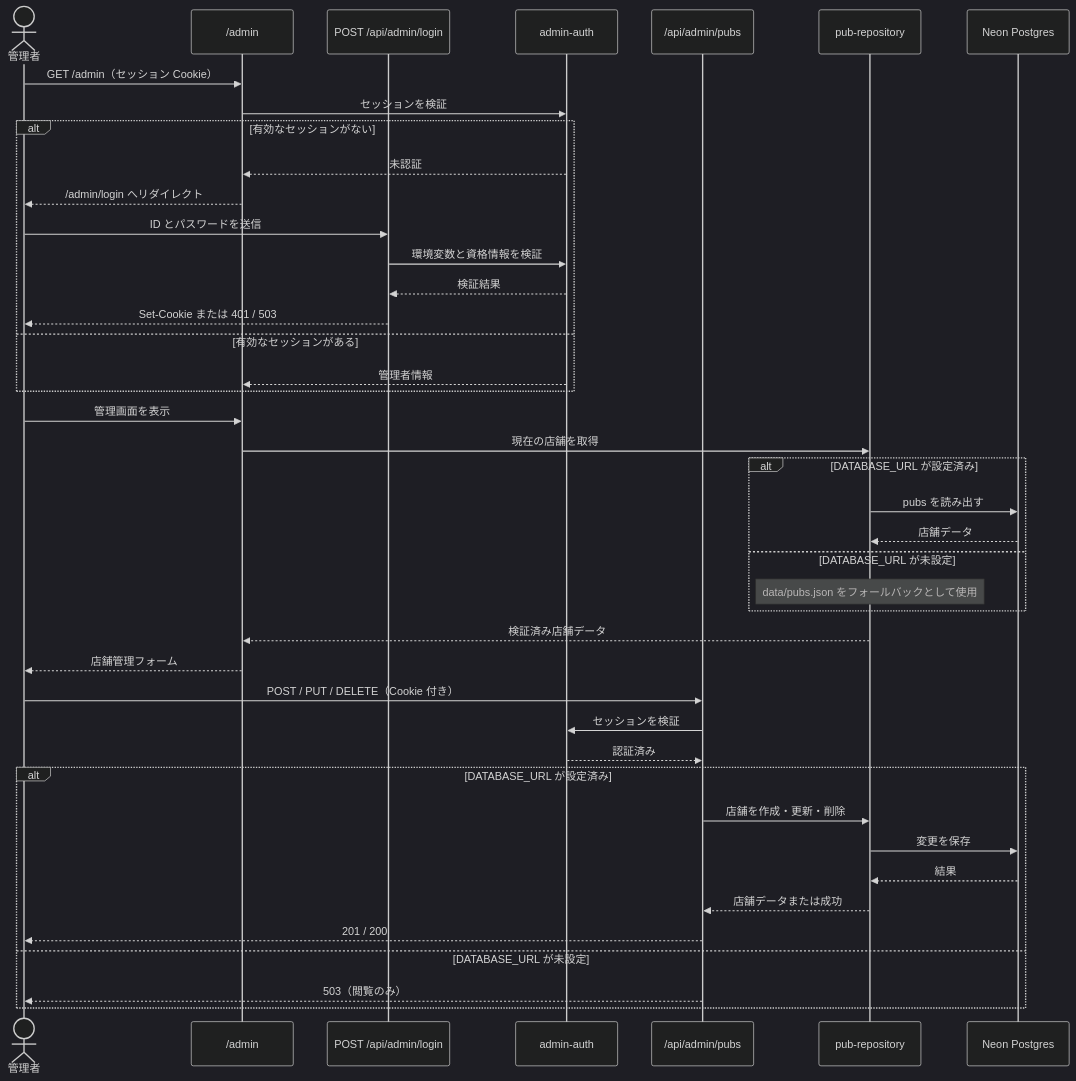
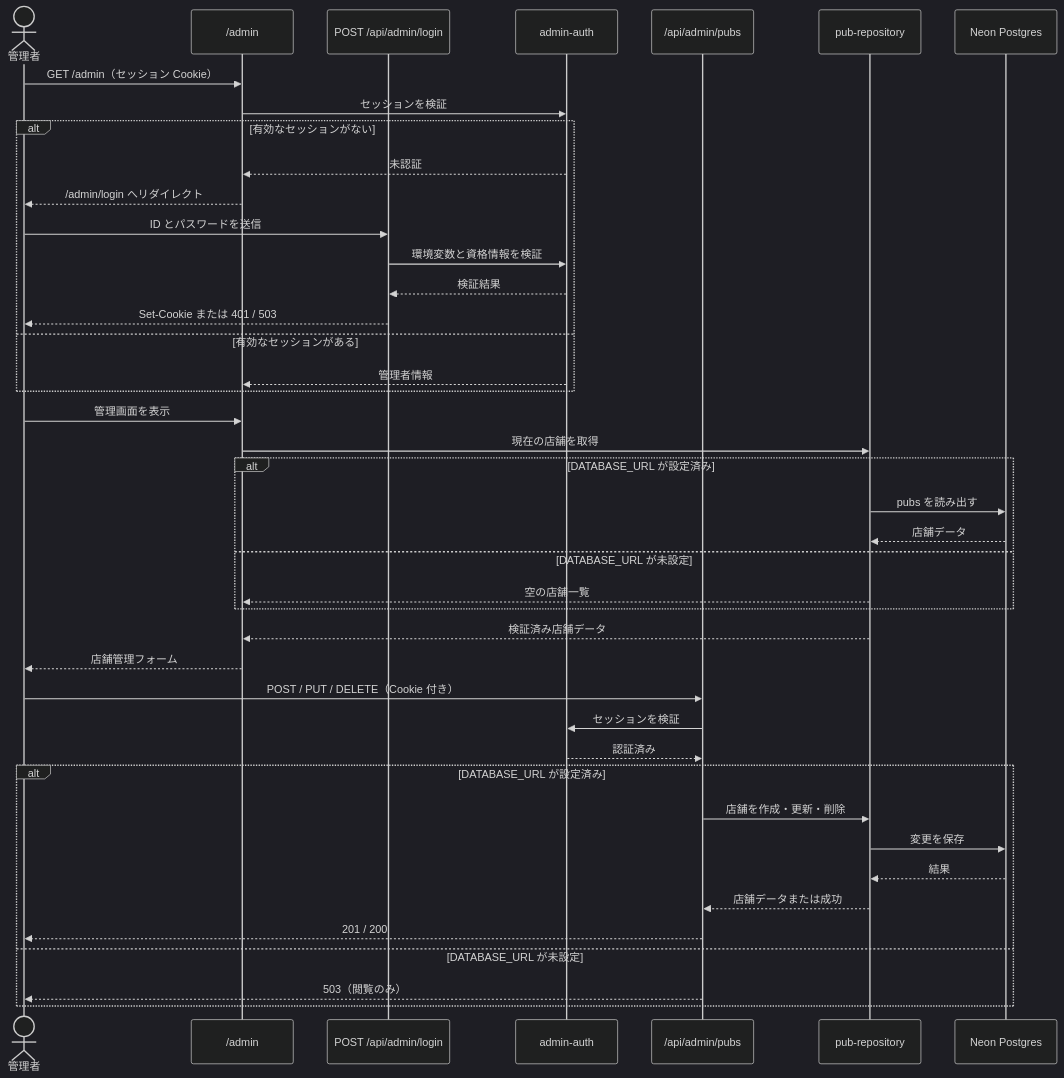
The second of 2 diagrams in docs/architecture/sequences.md (yusukefr/irishpub-map), drawn with Mermaid (dark theme) before and after one commit. The commit also changed other lines of this file and 20 other files, not shown here.

First line of the commit message:
data/pubs.json依存を削除してNeon運用へ統一する (#220)

````diff
--- a/docs/architecture/sequences.md
+++ b/docs/architecture/sequences.md
@@ -39,47 +37,47 @@
 ```mermaid
 sequenceDiagram
   actor Admin as 管理者
   participant AdminPage as /admin
   participant Login as POST /api/admin/login
   participant Auth as admin-auth
   participant AdminAPI as /api/admin/pubs
   participant Repository as pub-repository
   participant Neon as Neon Postgres
 
   Admin->>AdminPage: GET /admin（セッション Cookie）
   AdminPage->>Auth: セッションを検証
   alt 有効なセッションがない
     Auth-->>AdminPage: 未認証
     AdminPage-->>Admin: /admin/login へリダイレクト
     Admin->>Login: ID とパスワードを送信
     Login->>Auth: 環境変数と資格情報を検証
     Auth-->>Login: 検証結果
     Login-->>Admin: Set-Cookie または 401 / 503
   else 有効なセッションがある
     Auth-->>AdminPage: 管理者情報
   end
 
   Admin->>AdminPage: 管理画面を表示
   AdminPage->>Repository: 現在の店舗を取得
   alt DATABASE_URL が設定済み
     Repository->>Neon: pubs を読み出す
     Neon-->>Repository: 店舗データ
   else DATABASE_URL が未設定
-    Note over Repository: data/pubs.json をフォールバックとして使用
+    Repository-->>AdminPage: 空の店舗一覧
   end
   Repository-->>AdminPage: 検証済み店舗データ
   AdminPage-->>Admin: 店舗管理フォーム
 
   Admin->>AdminAPI: POST / PUT / DELETE（Cookie 付き）
   AdminAPI->>Auth: セッションを検証
   Auth-->>AdminAPI: 認証済み
   alt DATABASE_URL が設定済み
     AdminAPI->>Repository: 店舗を作成・更新・削除
     Repository->>Neon: 変更を保存
     Neon-->>Repository: 結果
     Repository-->>AdminAPI: 店舗データまたは成功
     AdminAPI-->>Admin: 201 / 200
   else DATABASE_URL が未設定
     AdminAPI-->>Admin: 503（閲覧のみ）
   end
 ```
````
